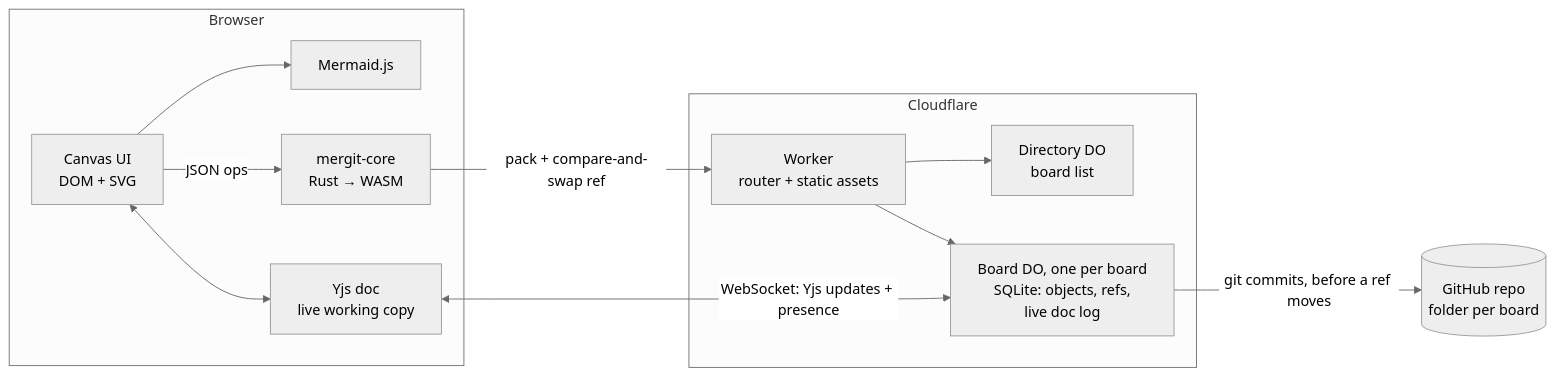
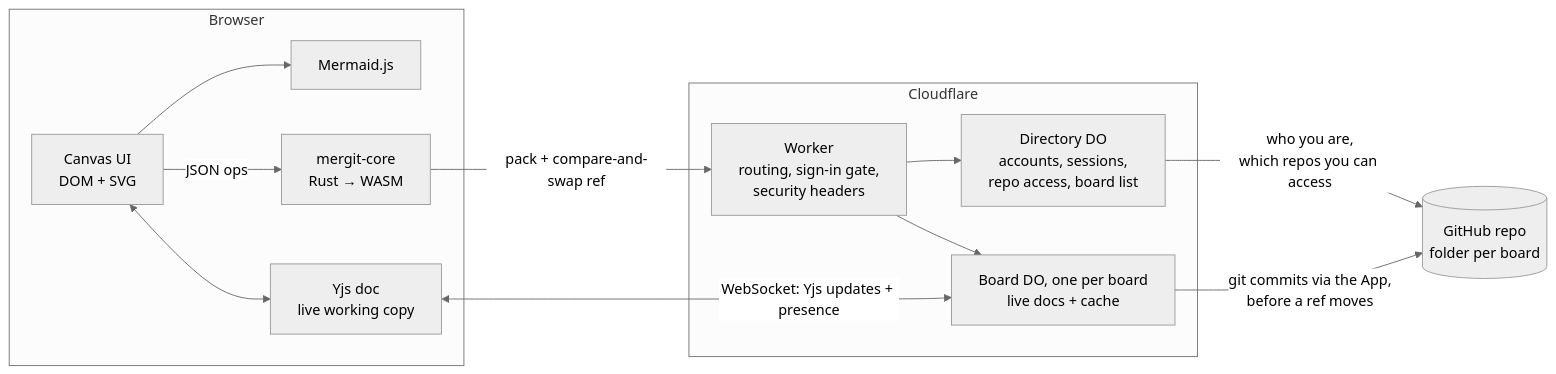
One commit to samcolson4/mergit changed the diagram in README.md. Above: the diagram before and after it, drawn with Mermaid (neutral theme). The commit also changed other lines of this file and 1 other file, not shown here.

Commit message:
docs: GitHub App setup, identity and security model

````diff
--- a/README.md
+++ b/README.md
@@ -85,15 +94,16 @@
 ```mermaid
 flowchart LR
   subgraph Browser
     UI[Canvas UI<br/>DOM + SVG] --> MM[Mermaid.js]
     UI -->|JSON ops| Core[mergit-core<br/>Rust → WASM]
     UI <--> YD[Yjs doc<br/>live working copy]
   end
   subgraph Cloudflare
-    W[Worker<br/>router + static assets] --> Dir[Directory DO<br/>board list]
-    W --> B[Board DO, one per board<br/>SQLite: objects, refs,<br/>live doc log]
+    W[Worker<br/>routing, sign-in gate,<br/>security headers] --> Dir[Directory DO<br/>accounts, sessions,<br/>repo access, board list]
+    W --> B[Board DO, one per board<br/>live docs + cache]
   end
   Core -->|pack + compare-and-swap ref| W
   YD <-->|WebSocket: Yjs updates + presence| B
-  B -->|git commits, before a ref moves| GH[(GitHub repo<br/>folder per board)]
+  B -->|git commits via the App,<br/>before a ref moves| GH[(GitHub repo<br/>folder per board)]
+  Dir -->|who you are,<br/>which repos you can access| GH
 ```
````
